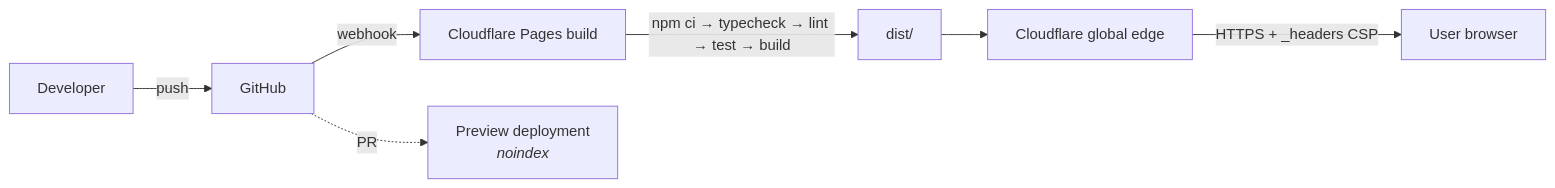
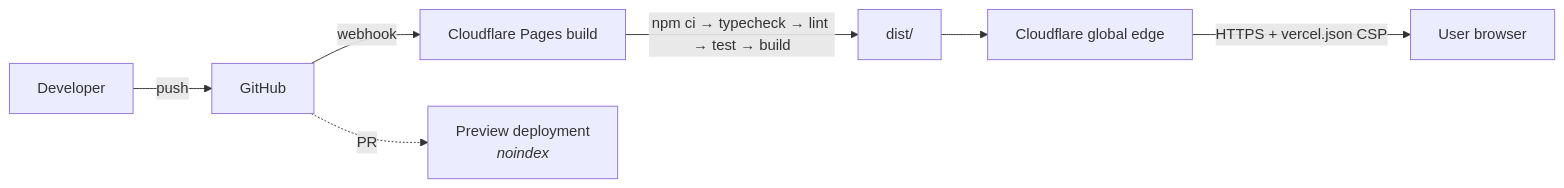
One commit to theunknown107/syntaxlab changed diagram 13 of 16 in docs/02_ARCHITECTURE.md. Above: the diagram before and after it, drawn with Mermaid. The commit also changed other lines of this file and 7 other files, not shown here.

````diff
--- a/docs/02_ARCHITECTURE.md
+++ b/docs/02_ARCHITECTURE.md
@@ -745,10 +748,10 @@
 ```mermaid
 graph LR
     Dev["Developer"] -->|push| GH["GitHub"]
     GH -->|webhook| CF["Cloudflare Pages build"]
     CF -->|"npm ci → typecheck → lint → test → build"| Out["dist/"]
     Out --> Edge["Cloudflare global edge"]
-    Edge -->|"HTTPS + _headers CSP"| Browser["User browser"]
+    Edge -->|"HTTPS + vercel.json CSP"| Browser["User browser"]
 
     GH -.->|PR| Prev["Preview deployment<br/><i>noindex</i>"]
 ```
````
